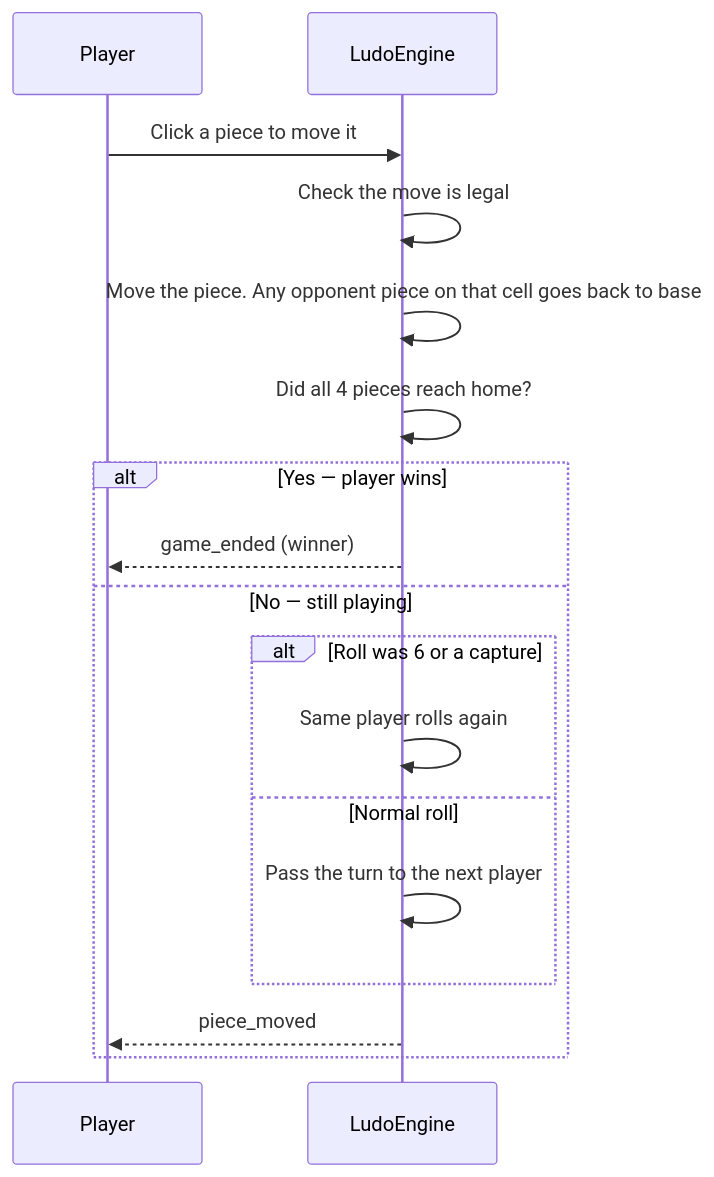
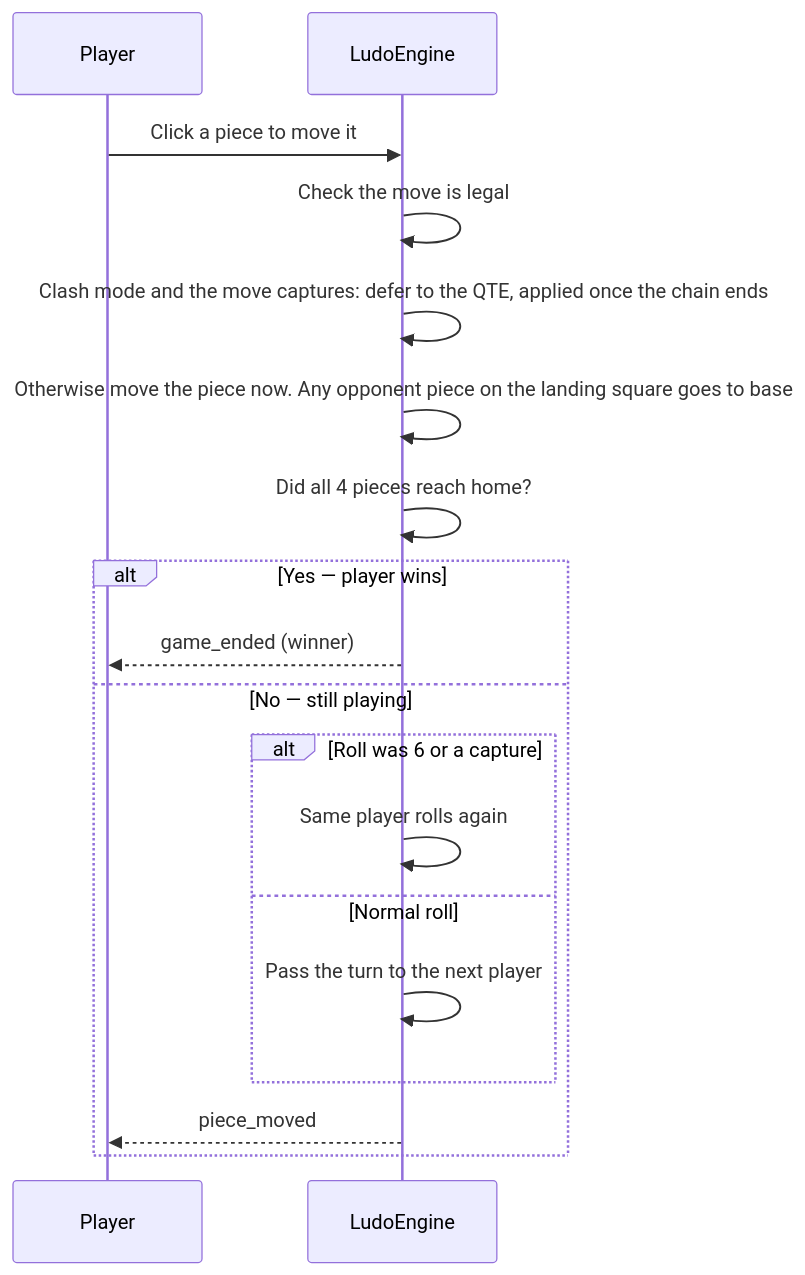
The second of 2 diagrams in docs/ludo-engine/ludo-engine-core-system.md (IrmaJoKerr/ft_transcendence-ludo), drawn with Mermaid before and after one commit. The commit also changed other lines of this file and 30 other files, not shown here.

Commit message:
docs: API/socket reference, achievement counts and security claims now match the code; README features and limits corrected. fix: the SPA never renders server English. Uncoded server messages go to the console and fall back to a localized message.

````diff
--- a/docs/ludo-engine/ludo-engine-core-system.md
+++ b/docs/ludo-engine/ludo-engine-core-system.md
@@ -278,20 +291,21 @@
 ```mermaid
 sequenceDiagram
     participant Player
     participant Engine as LudoEngine
 
     Player->>Engine: Click a piece to move it
     Engine->>Engine: Check the move is legal
-    Engine->>Engine: Move the piece. Any opponent piece on that cell goes back to base
+    Engine->>Engine: Clash mode and the move captures: defer to the QTE, applied once the chain ends
+    Engine->>Engine: Otherwise move the piece now. Any opponent piece on the landing square goes to base
     Engine->>Engine: Did all 4 pieces reach home?
     alt Yes — player wins
         Engine-->>Player: game_ended (winner)
     else No — still playing
         alt Roll was 6 or a capture
             Engine->>Engine: Same player rolls again
         else Normal roll
             Engine->>Engine: Pass the turn to the next player
         end
         Engine-->>Player: piece_moved
     end
 ```
````
